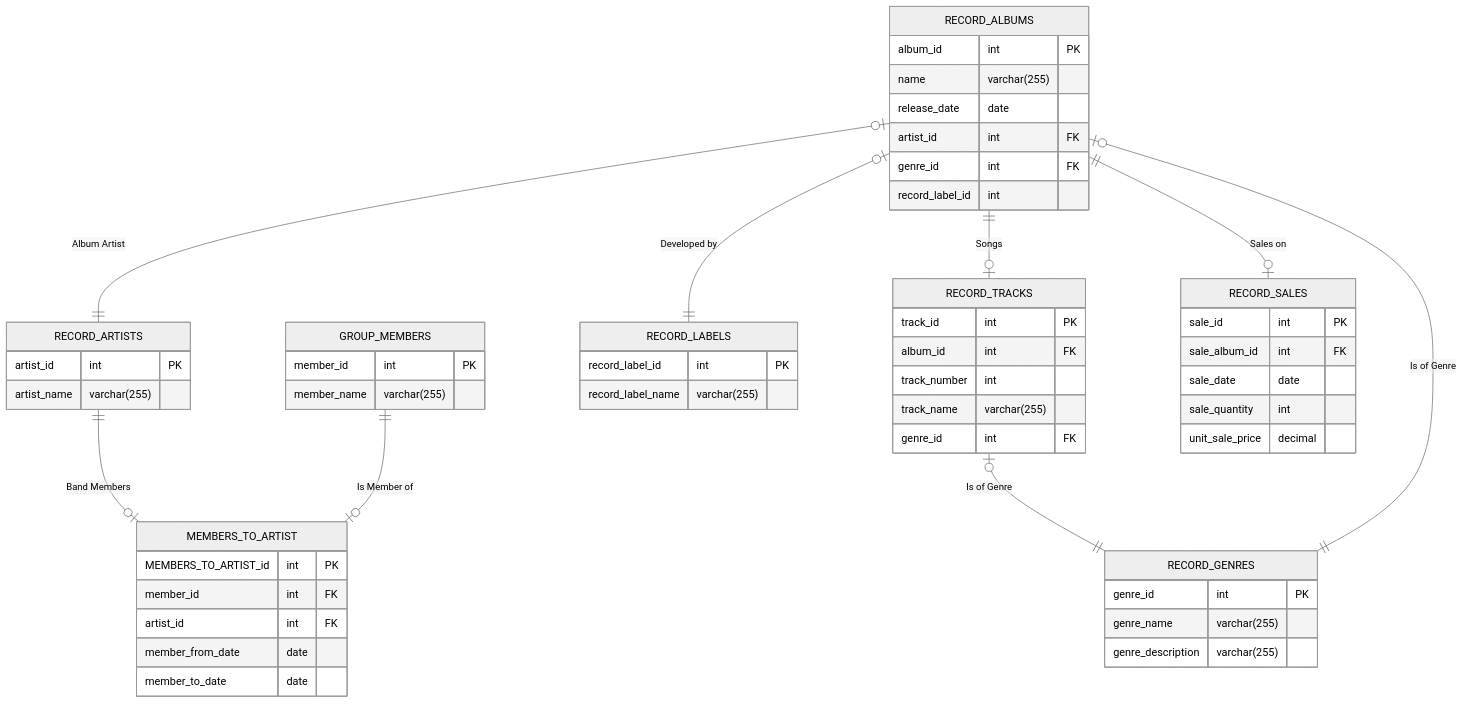
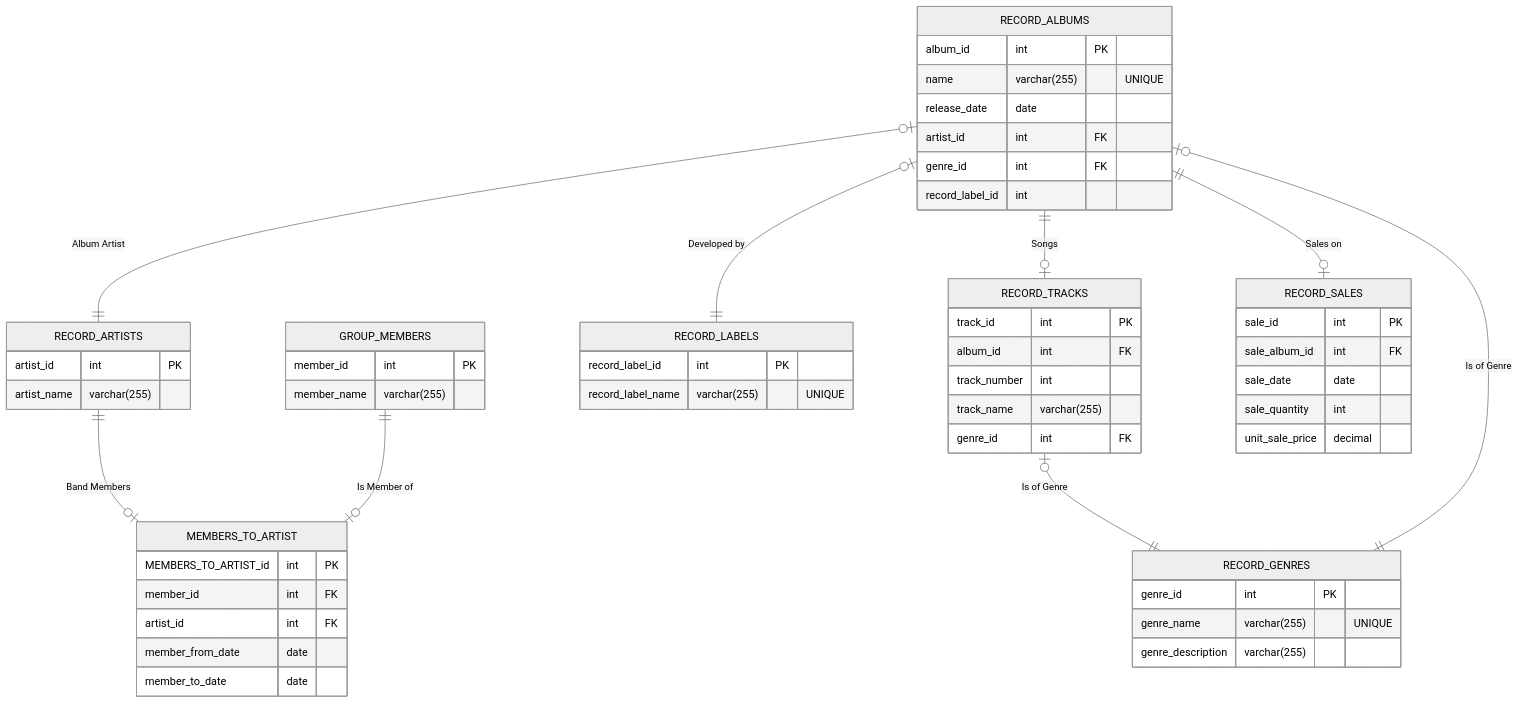
One commit to nmaiorana/CS-GY_6083_principles_of_database_systems changed the diagram in project/CS-GY6083_Project.md. Above: the diagram before and after it, drawn with Mermaid (neutral theme). The commit also changed other lines of this file and 7 other files, not shown here.

````diff
--- a/project/CS-GY6083_Project.md
+++ b/project/CS-GY6083_Project.md
@@ -19,64 +19,64 @@
 ```mermaid
 erDiagram
     RECORD_ALBUMS |o--|| RECORD_ARTISTS : "Album Artist"
     RECORD_ALBUMS ||--o| RECORD_TRACKS : "Songs"
 
     RECORD_TRACKS |o--|| RECORD_GENRES : "Is of Genre"
     RECORD_ALBUMS |o--|| RECORD_GENRES : "Is of Genre"
     RECORD_ALBUMS |o--|| RECORD_LABELS : "Developed by"
 
 
     RECORD_ARTISTS ||--o| MEMBERS_TO_ARTIST : "Band Members"
     GROUP_MEMBERS ||--o| MEMBERS_TO_ARTIST : "Is Member of"
     RECORD_ALBUMS ||--o| RECORD_SALES : "Sales on"
 
     RECORD_ARTISTS {
         artist_id int PK
         artist_name varchar(255)
     }
     GROUP_MEMBERS {
         member_id int PK
         member_name varchar(255)
     }
     MEMBERS_TO_ARTIST {
         MEMBERS_TO_ARTIST_id int PK
         member_id int FK
         artist_id int FK
         member_from_date date
         member_to_date date
     }
     RECORD_TRACKS {
         track_id int PK
         album_id int FK
         track_number int
         track_name varchar(255)
         genre_id int FK
     }
     RECORD_GENRES {
         genre_id int PK
-        genre_name varchar(255)
+        genre_name varchar(255) "UNIQUE"
         genre_description varchar(255)
     }
     RECORD_LABELS {
         record_label_id int PK
-        record_label_name varchar(255)
+        record_label_name varchar(255) "UNIQUE"
     }
     RECORD_ALBUMS {
         album_id int PK
-        name varchar(255)
+        name varchar(255) "UNIQUE"
         release_date date
         artist_id int FK
         genre_id int FK
         record_label_id int
     }
     RECORD_SALES {
         sale_id int PK
         sale_album_id int FK
         sale_date date
         sale_quantity int
         unit_sale_price decimal
     }
 
 
     
 ```
````
